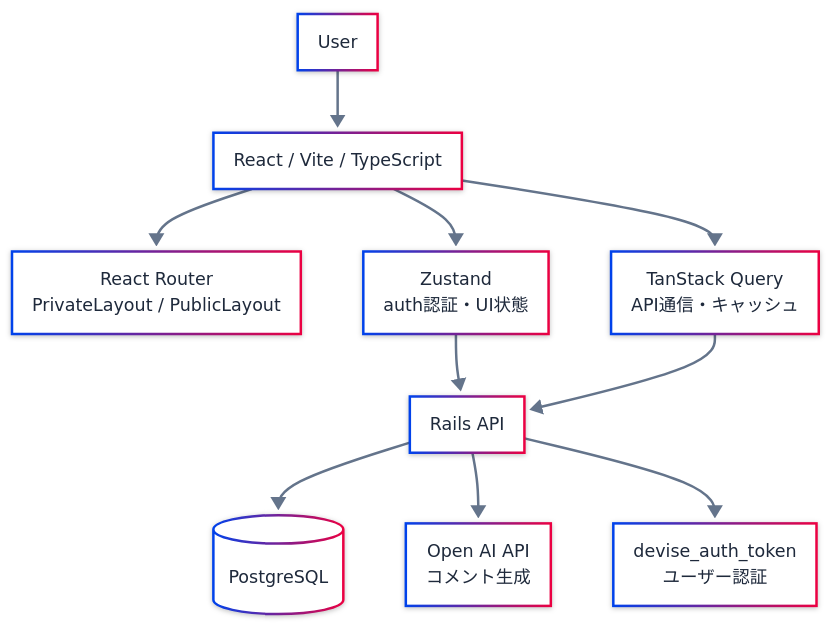
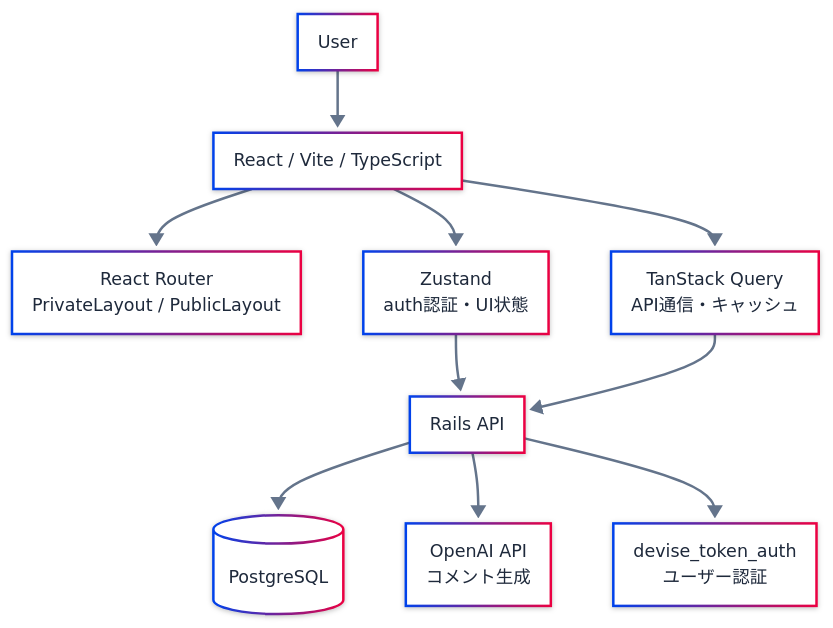
One commit to yuji-2293/ColorMirror_Re changed the first of 2 diagrams in README.md. Above: the diagram before and after it, drawn with Mermaid. The commit also changed other lines of this file, not shown here.

````diff
--- a/README.md
+++ b/README.md
@@ -5,42 +11,43 @@
 ```mermaid
 ---
 config:
 
   theme: neo
 
   look: neo
 
   layout: fixed
 
   themeVariables:
 
     primaryColor: "#2563eb"
 
     primaryTextColor: "#1e293b"
 
     primaryBorderColor: "#1d4ed8"
 
     lineColor: "#64748b"
 
     secondaryColor: "#f8fafc"
 
     tertiaryColor: "#e2e8f0"
 
     fontFamily: "Inter"   
 ---
 flowchart TB
     User["User"] --> React["React / Vite / TypeScript"]
 
     React --> Router["React Router<br> PrivateLayout / PublicLayout"]
     React --> Zustand["Zustand<br>auth認証・UI状態"]
     React --> Query["TanStack Query<br>API通信・キャッシュ"]
     
+    Rails["Rails API"]
+
     Zustand --> Rails["Rails API"]
-
     Query --> Rails["Rails API"]
     
     Rails --> DB[("PostgreSQL")]
-    Rails --> AI["Open AI API<br>コメント生成"] 
-    Rails --> Auth認証["devise_auth_token<br>ユーザー認証"]
+    Rails --> AI["OpenAI API<br>コメント生成"] 
+    Rails --> Auth["devise_token_auth<br>ユーザー認証"]
     
 ```
````
